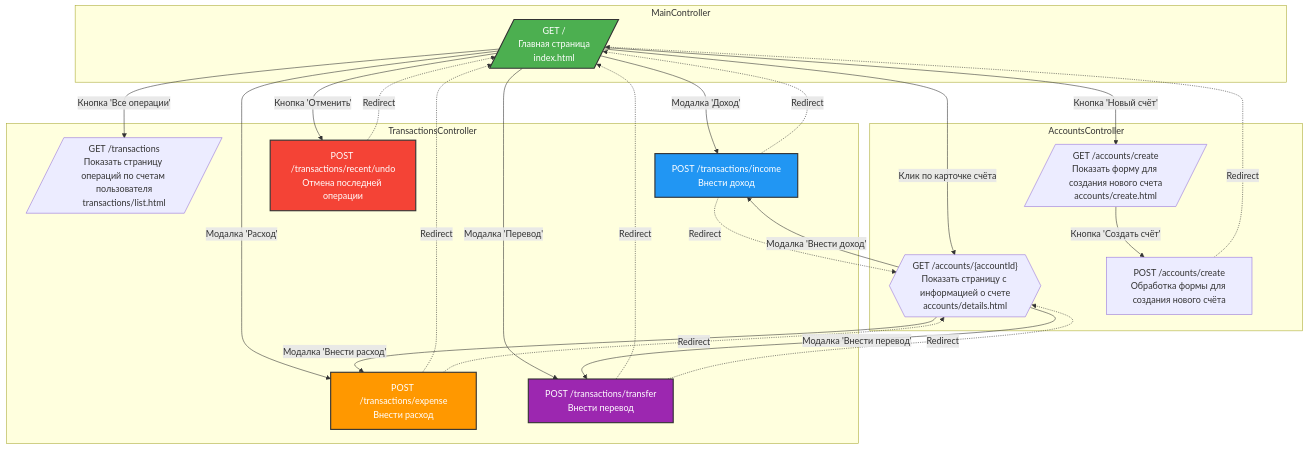
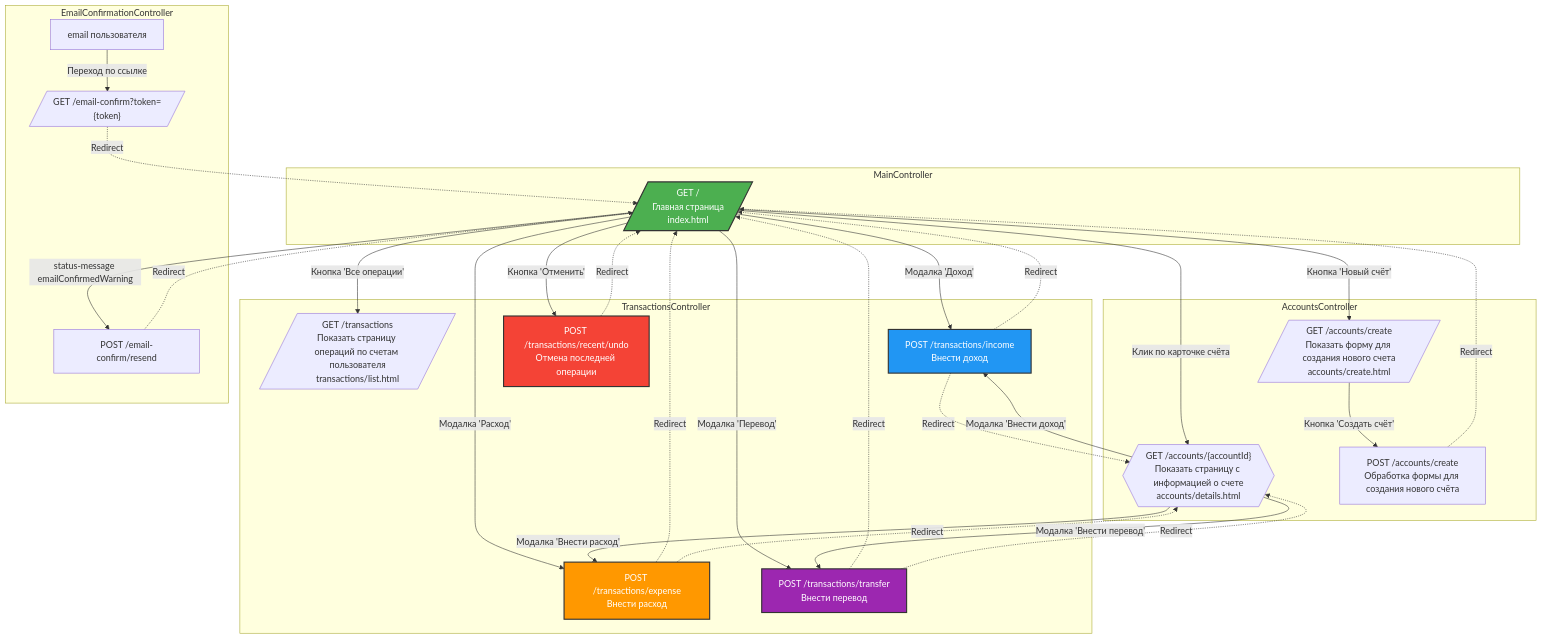
Before and after one commit to VurtsGennadiy/Finance_Tracker: the diagram in docs/routing.mermaid, drawn with Mermaid. The commit also changed 10 other files, not shown here.

Commit message:
EmailConfirmationController, повторная отправка ссылки, сообщение на главной странице, обновление SecurityContext

```diff
--- a/docs/routing.mermaid
+++ b/docs/routing.mermaid
@@ -1,53 +1,66 @@
 flowchart TD
     subgraph MainController
         main[/"GET /<br/>Главная страница<br/>index.html"/]
     end
 
     subgraph TransactionsController
         getTransactions[/"GET /transactions"<br/>Показать страницу операций по счетам пользователя<br/>transactions/list.html/]
         createIncome["POST /transactions/income<br/>Внести доход"]
         createExpense["POST /transactions/expense<br/>Внести расход"]
         createTransfer["POST /transactions/transfer<br/>Внести перевод"]
         recentUndo["POST /transactions/recent/undo<br/>Отмена последней операции"]
 
     end
 
     subgraph AccountsController
         getAccount{{"GET /accounts/{accountId}<br/>Показать страницу с информацией о счете"<br/>accounts/details.html}}
         getAccountsCreate[/"GET /accounts/create<br/>Показать форму для создания нового счета"<br/>accounts/create.html/]
         postAccountsCreate["POST /accounts/create<br/>Обработка формы для создания нового счёта"]
     end
 
+
+    subgraph EmailConfirmationController
+        email["email пользователя"]
+        confirmEmail[/"GET /email-confirm?token={token}"/]
+        resendLink["POST /email-confirm/resend"]
+    end
+
+
 %% Прямые переходы из index.html
     main -->|"Модалка 'Доход'"| createIncome
     main -->|"Модалка 'Расход'"| createExpense
     main -->|"Модалка 'Перевод'"| createTransfer
     main -->|"Кнопка 'Отменить'"| recentUndo
     main -->|"Кнопка 'Новый счёт'"| getAccountsCreate
     main -->|"Кнопка 'Все операции'"| getTransactions
     main -->|"Клик по карточке счёта"| getAccount
+    main -->|"status-message emailConfirmedWarning"| resendLink
 
-%% Обратные переходы из index.html (redirect после обработки)
+%% Обратные переходы в index.html (redirect после обработки)
     createIncome -.->|"Redirect"| main
     createExpense -.->|"Redirect"| main
     createTransfer -.->|"Redirect"| main
     recentUndo -.->|"Redirect"| main
+    confirmEmail -.->|"Redirect"| main
+    resendLink -.->|"Redirect"| main
 
 %% Прямые переходы из accounts
     getAccountsCreate -->|"Кнопка 'Создать счёт'"| postAccountsCreate
     getAccount --> |"Модалка 'Внести доход'"| createIncome
     getAccount --> |"Модалка 'Внести расход'"| createExpense
     getAccount --> |"Модалка 'Внести перевод'"| createTransfer
     createIncome -.->|"Redirect"| getAccount
     createExpense -.->|"Redirect"| getAccount
     createTransfer -.->|"Redirect"| getAccount
 
 %% Обратные переходы из accounts
     postAccountsCreate -.->|"Redirect"| main
 
+    email -->|"Переход по ссылке"| confirmEmail
+
 %% Стили
     style main fill:#4CAF50,stroke:#333,stroke-width:2px,color:#fff
     style createIncome fill:#2196F3,stroke:#333,stroke-width:2px,color:#fff
     style createExpense fill:#FF9800,stroke:#333,stroke-width:2px,color:#fff
     style createTransfer fill:#9C27B0,stroke:#333,stroke-width:2px,color:#fff
     style recentUndo fill:#F44336,stroke:#333,stroke-width:2px,color:#fff
```
